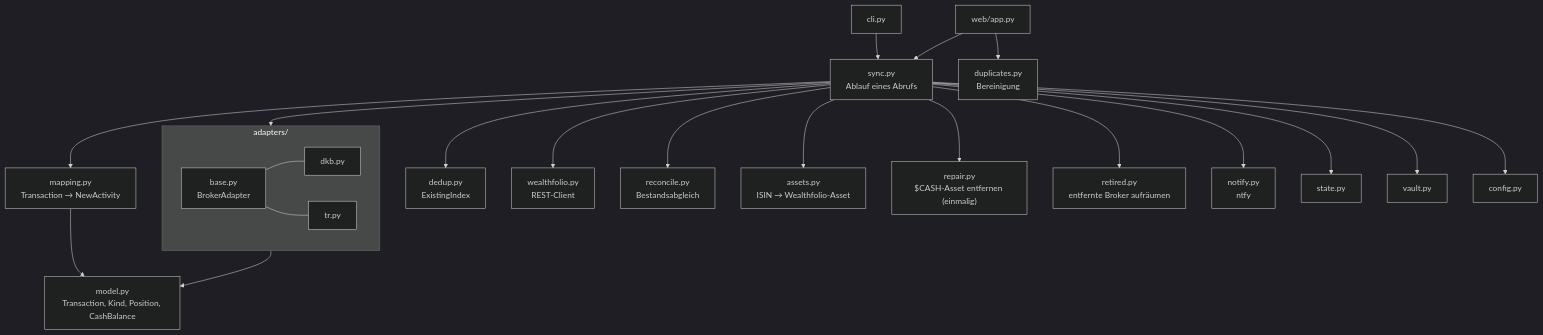
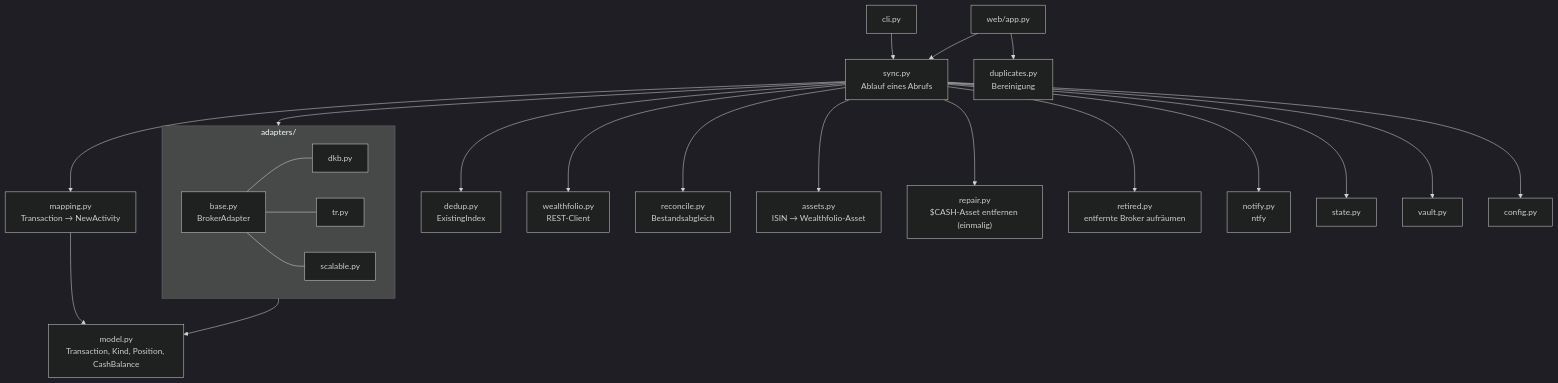
The second of 3 diagrams in ARCHITECTURE.md (waldonso2/Wealthfolio-broker-sync-service), drawn with Mermaid (dark theme) before and after one commit. The commit also changed other lines of this file and 21 other files, not shown here.

````diff
--- a/ARCHITECTURE.md
+++ b/ARCHITECTURE.md
@@ -40,21 +40,21 @@
 ```mermaid
 flowchart TB
   cli["cli.py"] --> sync
   web["web/app.py"] --> sync
   sync["sync.py<br/>Ablauf eines Abrufs"] --> adapters
   sync --> mapping["mapping.py<br/>Transaction → NewActivity"]
   sync --> dedup["dedup.py<br/>ExistingIndex"]
   sync --> wf["wealthfolio.py<br/>REST-Client"]
   sync --> reconcile["reconcile.py<br/>Bestandsabgleich"]
   sync --> assets["assets.py<br/>ISIN → Wealthfolio-Asset"]
   sync --> repair["repair.py<br/>$CASH-Asset entfernen (einmalig)"]
   sync --> retired["retired.py<br/>entfernte Broker aufräumen"]
   sync --> notify["notify.py<br/>ntfy"]
   sync --> state["state.py"] & vault["vault.py"] & config["config.py"]
   web --> duplicates["duplicates.py<br/>Bereinigung"]
   subgraph adapters["adapters/"]
-    base["base.py<br/>BrokerAdapter"] --- dkb["dkb.py"] & tr["tr.py"]
+    base["base.py<br/>BrokerAdapter"] --- dkb["dkb.py"] & tr["tr.py"] & scalable["scalable.py"]
   end
   adapters --> model["model.py<br/>Transaction, Kind, Position, CashBalance"]
   mapping --> model
 ```
````
